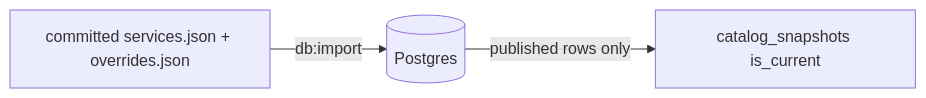
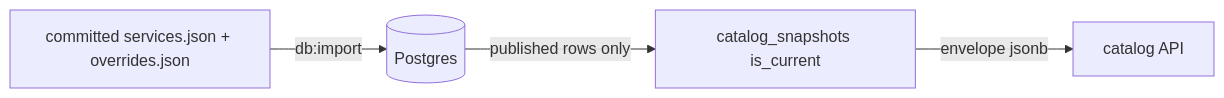
The second of 2 diagrams in docs/architecture/porirua-directory-architecture.md (irab/porirua-locality-preview), drawn with Mermaid before and after one commit. The commit also changed other lines of this file and 9 other files, not shown here.

Commit message:
Ship a separate Node image for the catalog API so the nginx static pod stays unchanged and Traefik can route /api beside it.

````diff
--- a/docs/architecture/porirua-directory-architecture.md
+++ b/docs/architecture/porirua-directory-architecture.md
@@ -111,8 +115,10 @@
 ```mermaid
 flowchart LR
   JSON[committed services.json + overrides.json]
   PG[(Postgres)]
   Snap[catalog_snapshots is_current]
+  API[catalog API]
   JSON -->|db:import| PG
   PG -->|published rows only| Snap
+  Snap -->|envelope jsonb| API
 ```
````
